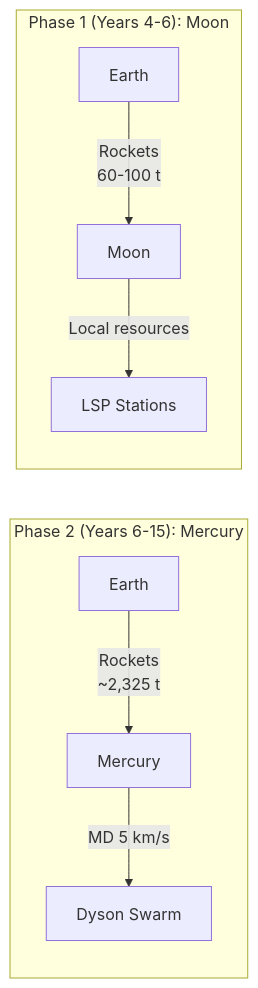
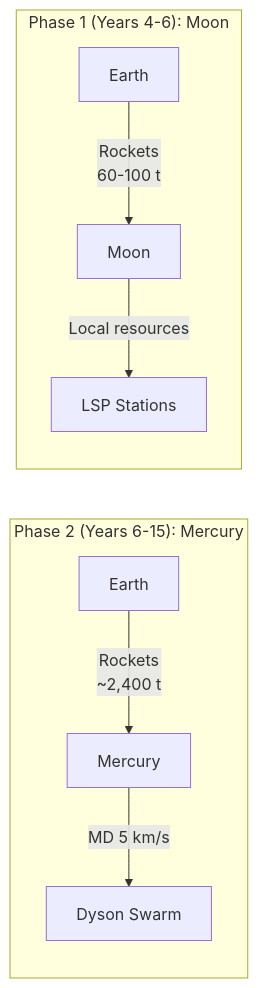
One commit to DmitryNasikanov/infinite-energy changed the first of 3 diagrams in en/science/summaries/delivery.qmd. Above: the diagram before and after it, drawn with Mermaid. The commit also changed other lines of this file and 15 other files, not shown here.

````diff
--- a/en/science/summaries/delivery.qmd
+++ b/en/science/summaries/delivery.qmd
@@ -96,13 +96,13 @@
 ```{mermaid}
 %%| fig-width: 8
 flowchart LR
     subgraph "Phase 2 (Years 6-15): Mercury"
-        E2[Earth] -->|"Rockets<br>~2,325 t"| M[Mercury]
+        E2[Earth] -->|"Rockets<br>~2,400 t"| M[Mercury]
         M -->|"MD 5 km/s"| R[Dyson Swarm]
     end
 
     subgraph "Phase 1 (Years 4-6): Moon"
         E1[Earth] -->|"Rockets<br>60-100 t"| L[Moon]
         L -->|"Local resources"| LSP[LSP Stations]
     end
 ```
````
